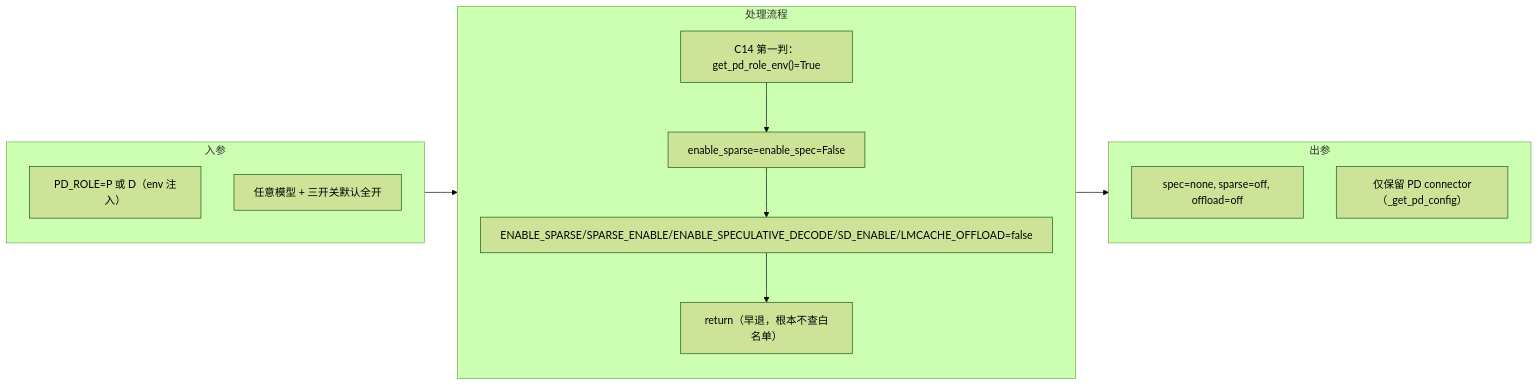
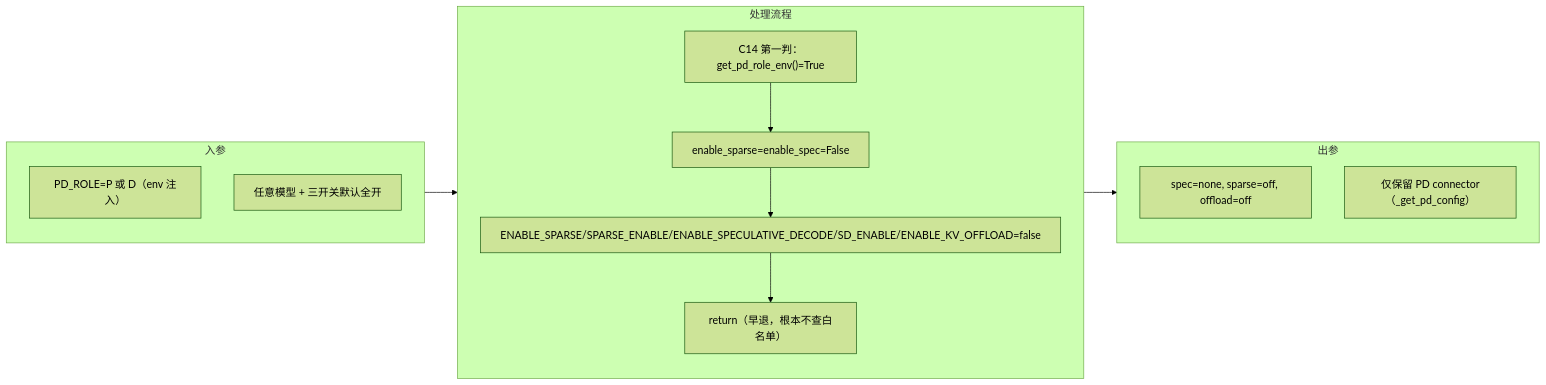
One commit to thegodloy-jpg/wings-control changed diagram 14 of 18 in xuqiu/smart/需求一-三特性使能.md. Above: the diagram before and after it, drawn with Mermaid (forest theme). The commit also changed other lines of this file and 1 other file, not shown here.

````diff
--- a/xuqiu/smart/需求一-三特性使能.md
+++ b/xuqiu/smart/需求一-三特性使能.md
@@ -891,22 +958,22 @@
 ```mermaid
 flowchart LR
   subgraph IN["入参"]
     direction TB
     A1["PD_ROLE=P 或 D（env 注入）"]
     A2["任意模型 + 三开关默认全开"]
   end
   subgraph EXEC["处理流程"]
     direction TB
     B1["C14 第一判：get_pd_role_env()=True"]
     B2["enable_sparse=enable_spec=False"]
-    B3["ENABLE_SPARSE/SPARSE_ENABLE/ENABLE_SPECULATIVE_DECODE/SD_ENABLE/LMCACHE_OFFLOAD=false"]
+    B3["ENABLE_SPARSE/SPARSE_ENABLE/ENABLE_SPECULATIVE_DECODE/SD_ENABLE/ENABLE_KV_OFFLOAD=false"]
     B4["return（早退，根本不查白名单）"]
     B1 --> B2 --> B3 --> B4
   end
   subgraph OUT["出参"]
     direction TB
     C1["spec=none, sparse=off, offload=off"]
     C2["仅保留 PD connector（_get_pd_config）"]
   end
   IN --> EXEC --> OUT
 ```
````
